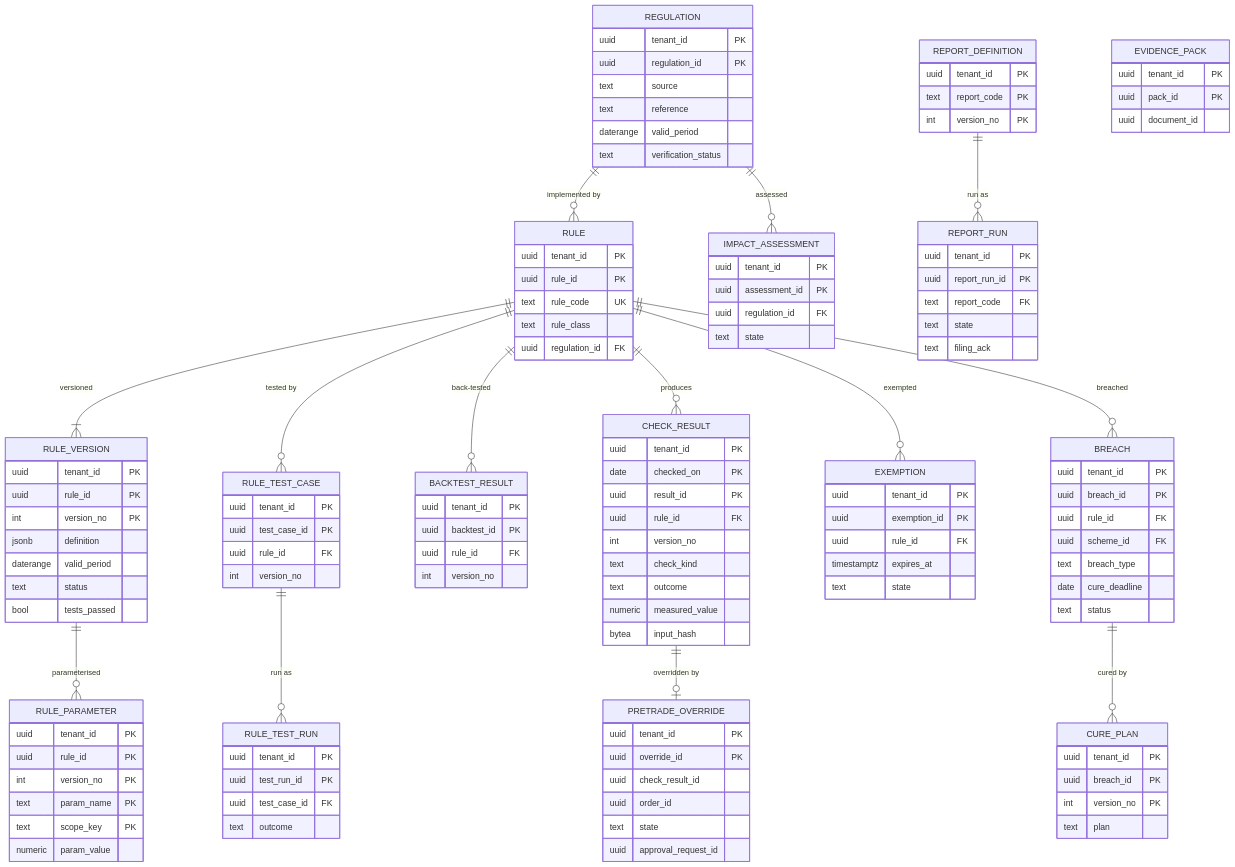
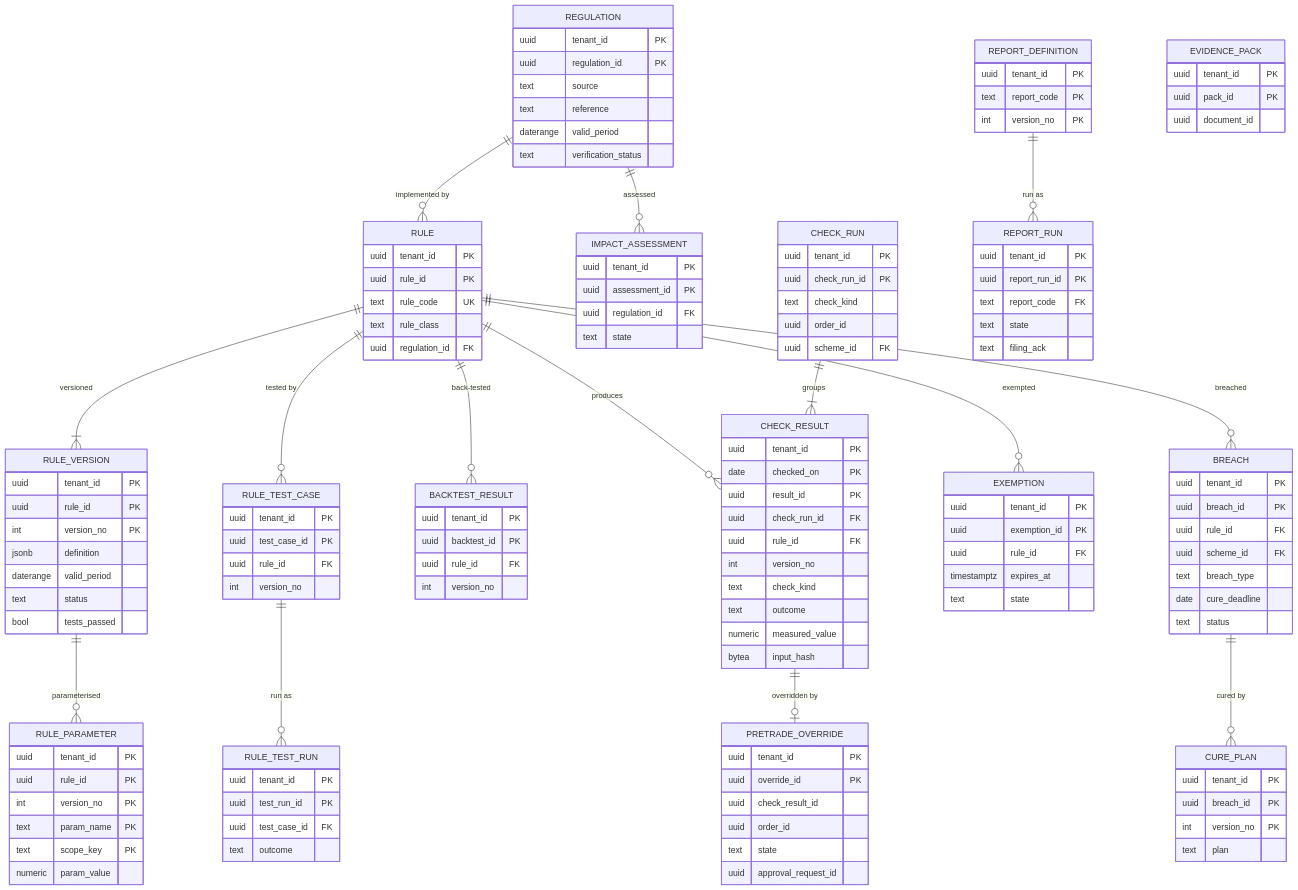
One commit to suchitdubey7/AMC-OS changed the diagram in architecture/erds/D08_compliance.md. Above: the diagram before and after it, drawn with Mermaid. The commit also changed other lines of this file and 19 other files, not shown here.

```diff
--- a/architecture/erds/D08_compliance.md
+++ b/architecture/erds/D08_compliance.md
@@ -16,6 +16,7 @@
   RULE ||--o{ BACKTEST_RESULT : "back-tested"
   REGULATION ||--o{ IMPACT_ASSESSMENT : "assessed"
   RULE ||--o{ CHECK_RESULT : "produces"
+  CHECK_RUN ||--|{ CHECK_RESULT : "groups"
   CHECK_RESULT ||--o| PRETRADE_OVERRIDE : "overridden by"
   RULE ||--o{ EXEMPTION : "exempted"
   RULE ||--o{ BREACH : "breached"
@@ -77,10 +78,18 @@
     uuid regulation_id FK
     text state
   }
+  CHECK_RUN {
+    uuid tenant_id PK
+    uuid check_run_id PK
+    text check_kind
+    uuid order_id
+    uuid scheme_id FK
+  }
   CHECK_RESULT {
     uuid tenant_id PK
     date checked_on PK
     uuid result_id PK
+    uuid check_run_id FK
     uuid rule_id FK
     int version_no
     text check_kind
```
